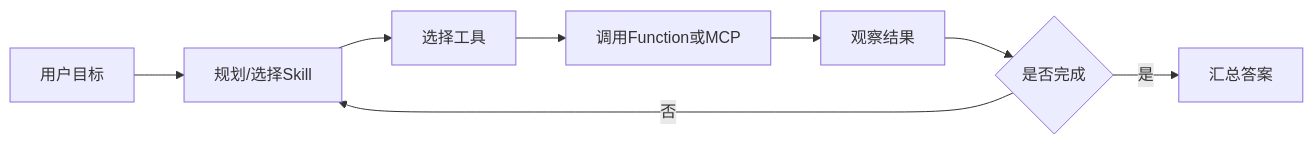
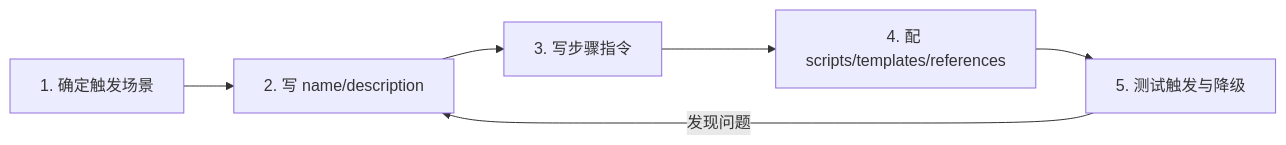
The diagram in 10-AI应用开发/05-Agent-MCP-Skills/14-设计自己的Skill实战.md (GuoWWWX/knowledge-base), drawn with Mermaid before and after one commit. The commit also changed other lines of this file and 35 other files, not shown here.

````diff
--- a/10-AI应用开发/05-Agent-MCP-Skills/14-设计自己的Skill实战.md
+++ b/10-AI应用开发/05-Agent-MCP-Skills/14-设计自己的Skill实战.md
@@ -47,10 +30,8 @@
 ```mermaid
 flowchart LR
-    A[用户目标] --> B[规划/选择Skill]
-    B --> C[选择工具]
-    C --> D[调用Function或MCP]
-    D --> E[观察结果]
-    E --> F{是否完成}
-    F -->|否| B
-    F -->|是| G[汇总答案]
+    A[1. 确定触发场景] --> B[2. 写 name/description]
+    B --> C[3. 写步骤指令]
+    C --> D[4. 配 scripts/templates/references]
+    D --> E[5. 测试触发与降级]
+    E -->|发现问题| B
 ```
````
